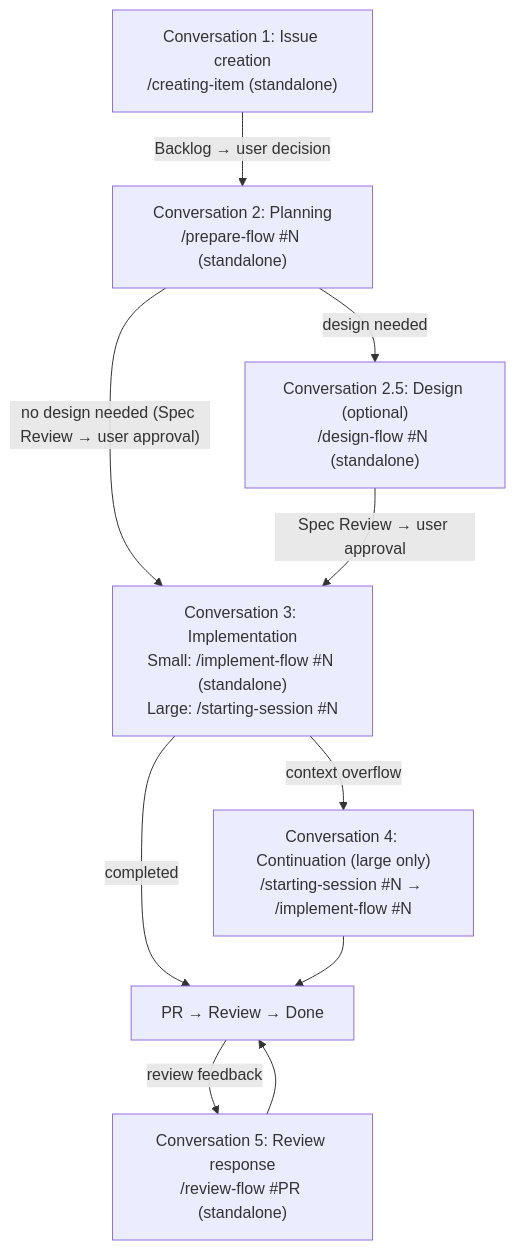
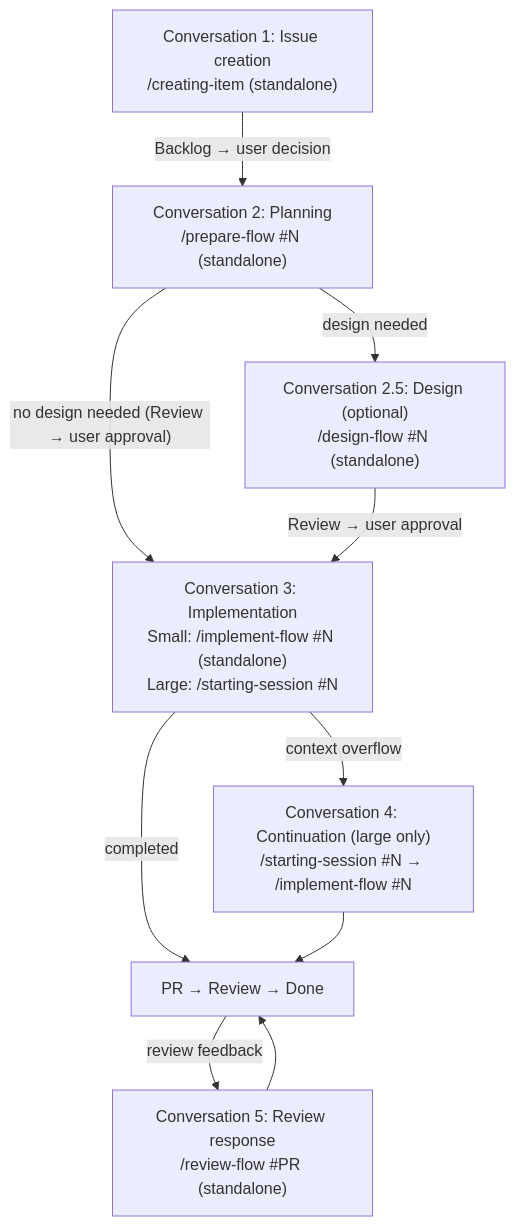
Before and after one commit to ShirokumaLibrary/shirokuma-plugins: the first of 2 diagrams in shirokuma-skills-en/skills/implement-flow/reference/workflow-details.md, drawn with Mermaid. The commit also changed other lines of this file and 51 other files, not shown here.

````diff
--- a/shirokuma-skills-en/skills/implement-flow/reference/workflow-details.md
+++ b/shirokuma-skills-en/skills/implement-flow/reference/workflow-details.md
@@ -9,18 +9,18 @@
 ```mermaid
 graph TD
     C1["Conversation 1: Issue creation<br/>/creating-item (standalone)"]
     C2["Conversation 2: Planning<br/>/prepare-flow #N (standalone)"]
     C2D["Conversation 2.5: Design (optional)<br/>/design-flow #N (standalone)"]
     C3["Conversation 3: Implementation<br/>Small: /implement-flow #N (standalone)<br/>Large: /starting-session #N"]
     C4["Conversation 4: Continuation (large only)<br/>/starting-session #N → /implement-flow #N"]
 
     C1 -->|"Backlog → user decision"| C2
     C2 -->|"design needed"| C2D
-    C2 -->|"no design needed (Spec Review → user approval)"| C3
-    C2D -->|"Spec Review → user approval"| C3
+    C2 -->|"no design needed (Review → user approval)"| C3
+    C2D -->|"Review → user approval"| C3
     C3 -->|"context overflow"| C4
     C3 -->|"completed"| Done["PR → Review → Done"]
     C4 --> Done
     Done -->|"review feedback"| C5["Conversation 5: Review response<br/>/review-flow #PR (standalone)"]
     C5 --> Done
 ```
````
